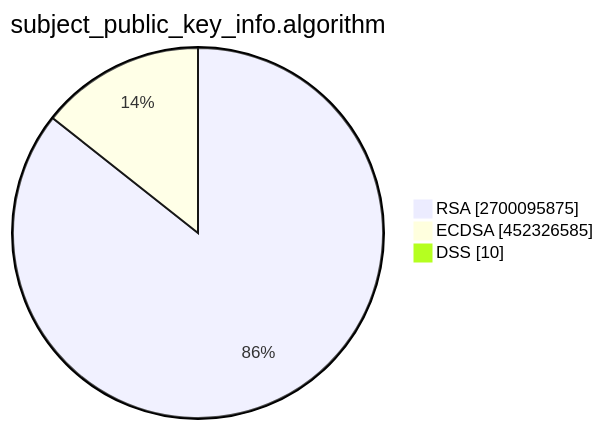
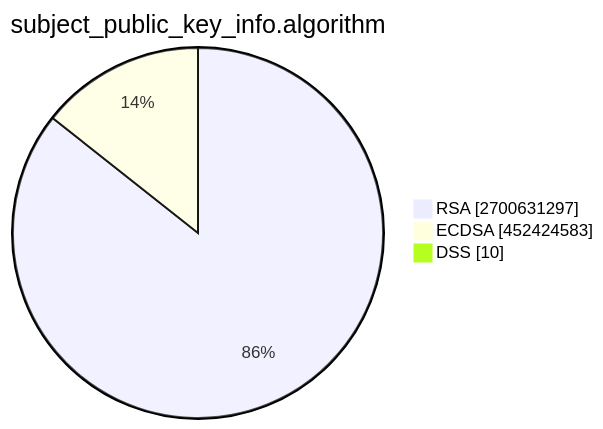
The second of 15 diagrams in TOTAL/README.md (christiankrug/ctmonitor_visualization), drawn with Mermaid before and after one commit. The commit also changed other lines of this file, not shown here.

````diff
--- a/TOTAL/README.md
+++ b/TOTAL/README.md
@@ -6,7 +6,7 @@
 ```mermaid
 pie showData
 title subject_public_key_info.algorithm
-"RSA" :2700095875
-"ECDSA" :452326585
+"RSA" :2700631297
+"ECDSA" :452424583
 "DSS" :10
 ```
````
